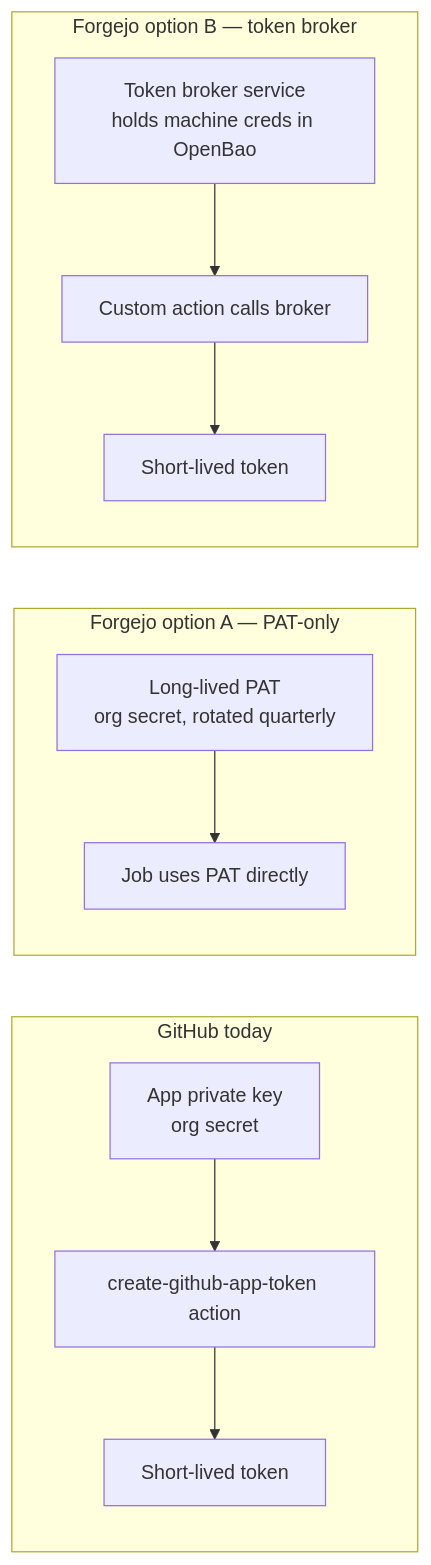
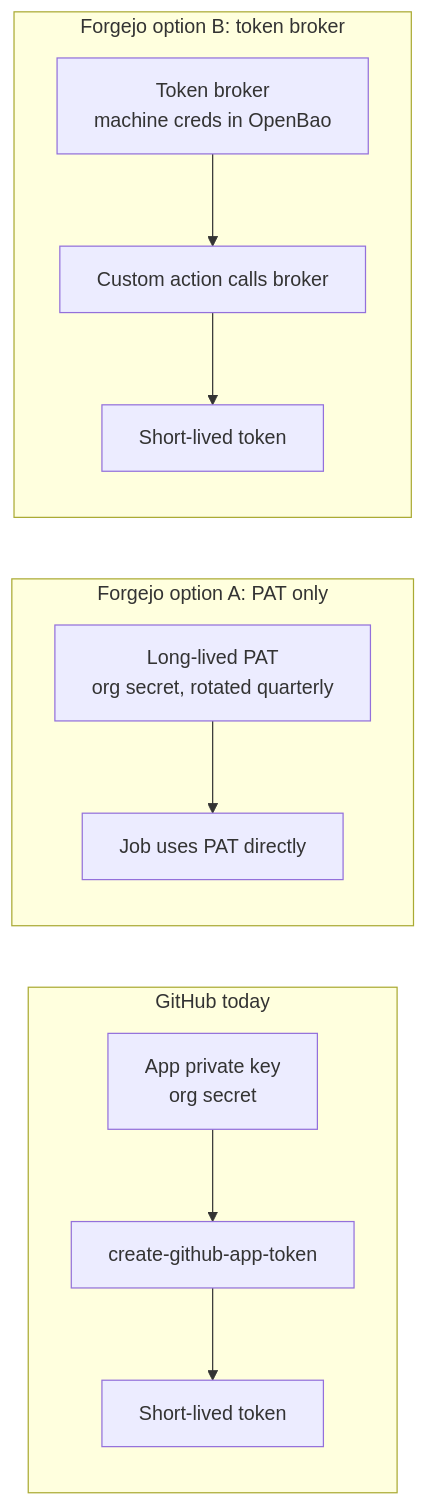
The second of 3 diagrams in docs/migration/codeberg-secrets-and-ci.md (hyperi-io/hyperi-ci), drawn with Mermaid before and after one commit. The commit also changed other lines of this file, not shown here.

````diff
--- a/docs/migration/codeberg-secrets-and-ci.md
+++ b/docs/migration/codeberg-secrets-and-ci.md
@@ -146,16 +92,16 @@
 ```mermaid
 flowchart LR
-    subgraph GH[GitHub today]
-        APP[App private key<br/>org secret] --> Issuer1[create-github-app-token action]
+    subgraph GH["GitHub today"]
+        APP["App private key<br/>org secret"] --> Issuer1["create-github-app-token"]
         Issuer1 --> Tok1[Short-lived token]
     end
 
-    subgraph FJ[Forgejo option A — PAT-only]
-        PAT[Long-lived PAT<br/>org secret, rotated quarterly] --> Job1[Job uses PAT directly]
+    subgraph FJ["Forgejo option A: PAT only"]
+        PAT["Long-lived PAT<br/>org secret, rotated quarterly"] --> Job1[Job uses PAT directly]
     end
 
-    subgraph FJ2[Forgejo option B — token broker]
-        SVC[Token broker service<br/>holds machine creds in OpenBao] --> Issuer2[Custom action calls broker]
+    subgraph FJ2["Forgejo option B: token broker"]
+        SVC["Token broker<br/>machine creds in OpenBao"] --> Issuer2[Custom action calls broker]
         Issuer2 --> Tok2[Short-lived token]
     end
 ```
````
